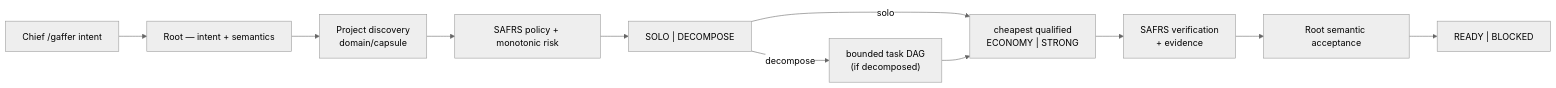
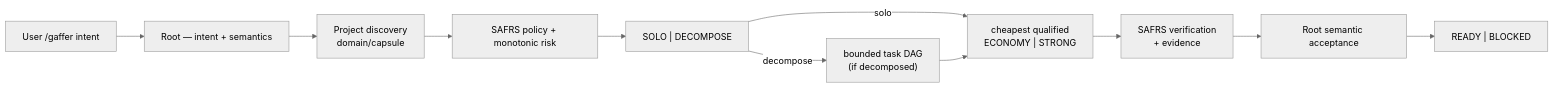
The diagram in sentrawiki/features/gaffer-orchestration.md (drferdi/Monorepo-safrs), drawn with Mermaid (neutral theme) before and after one commit. The commit also changed other lines of this file and 7972 other files, not shown here.

````diff
--- a/sentrawiki/features/gaffer-orchestration.md
+++ b/sentrawiki/features/gaffer-orchestration.md
@@ -26,18 +26,18 @@
 ```mermaid
 flowchart LR
-    User["Chief /gaffer intent"]
+    User["User /gaffer intent"]
     Root["Root — intent + semantics"]
     Disc["Project discovery<br/>domain/capsule"]
     Pol["SAFRS policy + monotonic risk"]
     Route["SOLO | DECOMPOSE"]
     DAG["bounded task DAG<br/>(if decomposed)"]
     Worker["cheapest qualified<br/>ECONOMY | STRONG"]
     Verify["SAFRS verification<br/>+ evidence"]
     Accept["Root semantic acceptance"]
     Done["READY | BLOCKED"]
 
     User --> Root --> Disc --> Pol --> Route
     Route -->|solo| Worker
     Route -->|decompose| DAG --> Worker
     Worker --> Verify --> Accept --> Done
 ```
````
